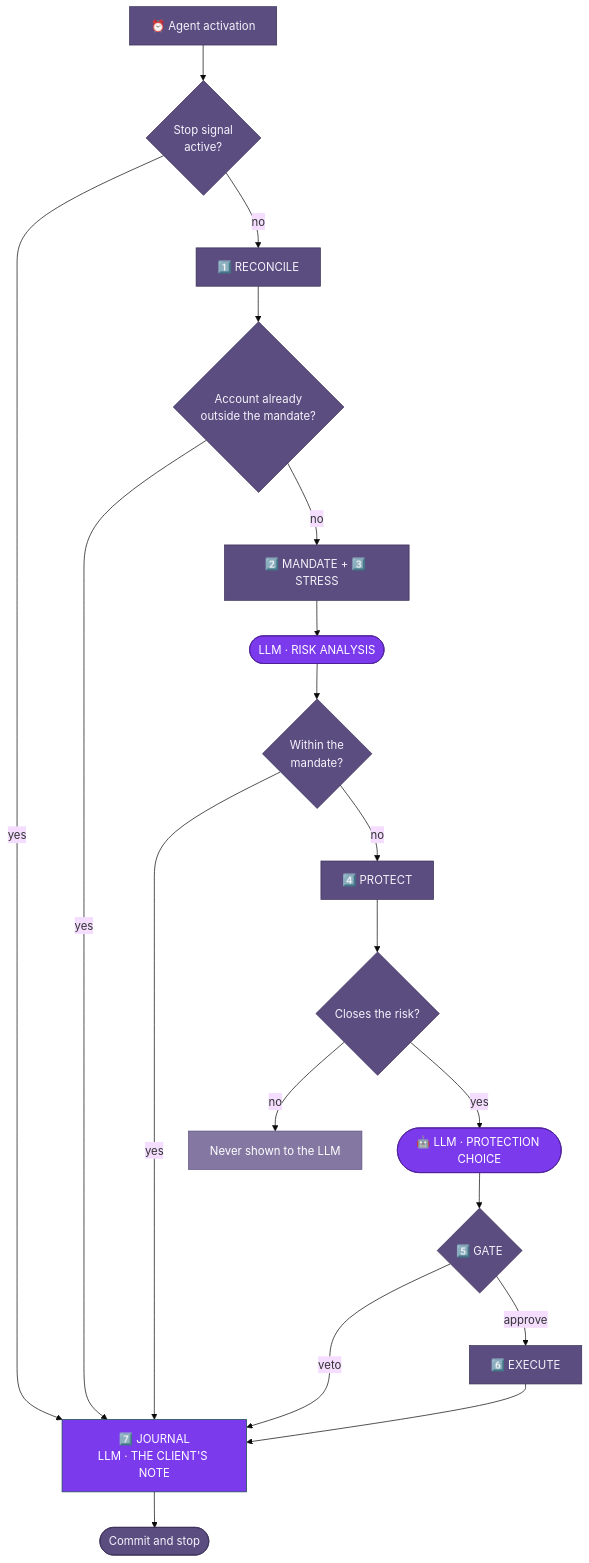
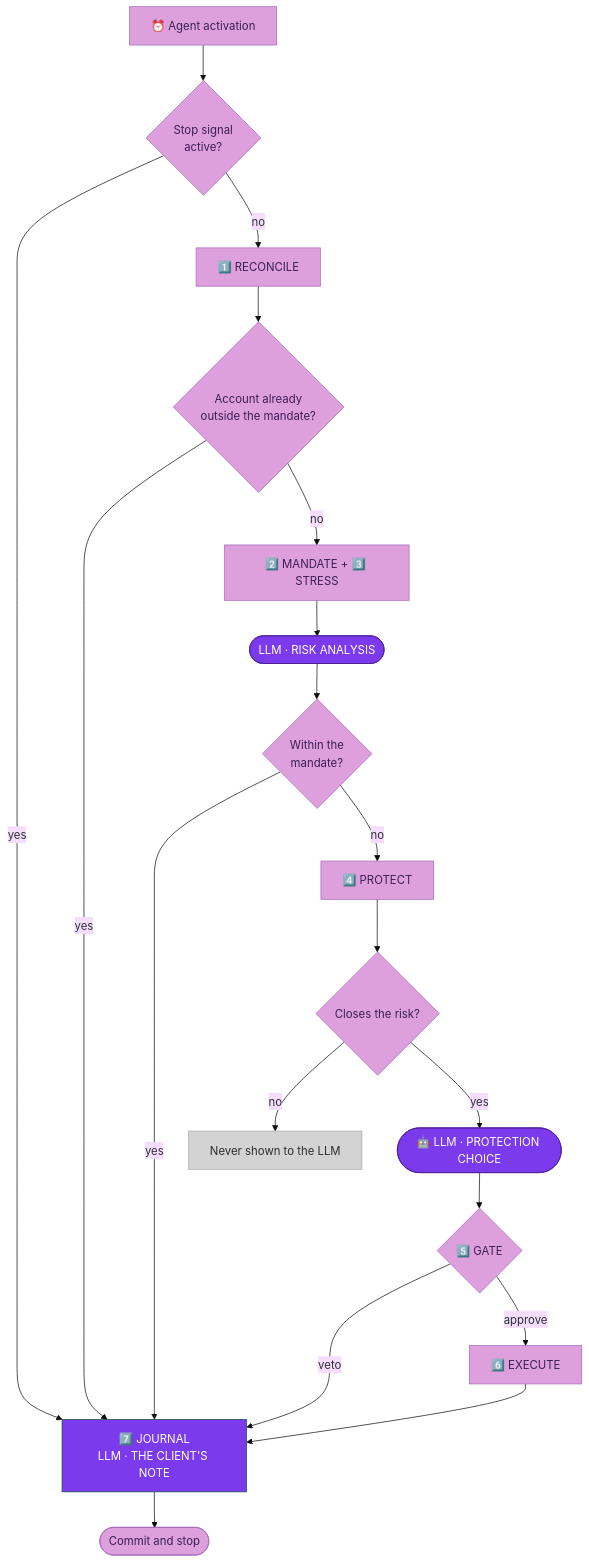
The second of 2 diagrams in README.md (ol1ak5/Drawdown-Guard), drawn with Mermaid (base theme) before and after one commit. The commit also changed other lines of this file, not shown here.

First line of the commit message:
Try a two-row snake, and fix both diagrams' colours

````diff
--- a/README.md
+++ b/README.md
@@ -109,47 +111,47 @@
 ```mermaid
 flowchart TD
     CRON["⏰ Agent activation"] --> HALT{Stop signal<br/>active?}
     HALT -- yes --> JOURNAL
     HALT -- no --> RECONCILE
 
     RECONCILE["1️⃣ RECONCILE"] --> KILL{Account already<br/>outside the mandate?}
     KILL -- yes --> JOURNAL
     KILL -- no --> MANDATE
 
     MANDATE["2️⃣ MANDATE + 3️⃣ STRESS"] --> LLM1
     LLM1(["LLM · RISK ANALYSIS"]) --> GAP{Within the<br/>mandate?}
 
     GAP -- yes --> JOURNAL
     GAP -- no --> PROTECT
 
     PROTECT["4️⃣ PROTECT"] --> ELIGIBLE{Closes the risk?}
     ELIGIBLE -- no --> DROP[Never shown to the LLM]
     ELIGIBLE -- yes --> LLM2
 
     LLM2(["🤖 LLM · PROTECTION CHOICE"]) --> GATE
 
     GATE{"5️⃣ GATE"}
     GATE -- veto --> JOURNAL
     GATE -- approve --> EXECUTE
 
     EXECUTE["6️⃣ EXECUTE"] --> JOURNAL
 
     JOURNAL["7️⃣ JOURNAL<br/>LLM · THE CLIENT'S NOTE"] --> END([Commit and stop])
 
-    style CRON fill:#5b4d80,stroke:#3a2f57,color:#f5f2fb
-    style HALT fill:#5b4d80,stroke:#3a2f57,color:#f5f2fb
-    style RECONCILE fill:#5b4d80,stroke:#3a2f57,color:#f5f2fb
-    style KILL fill:#5b4d80,stroke:#3a2f57,color:#f5f2fb
-    style MANDATE fill:#5b4d80,stroke:#3a2f57,color:#f5f2fb
-    style GAP fill:#5b4d80,stroke:#3a2f57,color:#f5f2fb
-    style PROTECT fill:#5b4d80,stroke:#3a2f57,color:#f5f2fb
-    style ELIGIBLE fill:#5b4d80,stroke:#3a2f57,color:#f5f2fb
-    style GATE fill:#5b4d80,stroke:#3a2f57,color:#f5f2fb
-    style EXECUTE fill:#5b4d80,stroke:#3a2f57,color:#f5f2fb
-    style END fill:#5b4d80,stroke:#3a2f57,color:#f5f2fb
+    style CRON fill:#dda0dd,stroke:#a569bd,color:#3b1f57
+    style HALT fill:#dda0dd,stroke:#a569bd,color:#3b1f57
+    style RECONCILE fill:#dda0dd,stroke:#a569bd,color:#3b1f57
+    style KILL fill:#dda0dd,stroke:#a569bd,color:#3b1f57
+    style MANDATE fill:#dda0dd,stroke:#a569bd,color:#3b1f57
+    style GAP fill:#dda0dd,stroke:#a569bd,color:#3b1f57
+    style PROTECT fill:#dda0dd,stroke:#a569bd,color:#3b1f57
+    style ELIGIBLE fill:#dda0dd,stroke:#a569bd,color:#3b1f57
+    style GATE fill:#dda0dd,stroke:#a569bd,color:#3b1f57
+    style EXECUTE fill:#dda0dd,stroke:#a569bd,color:#3b1f57
+    style END fill:#dda0dd,stroke:#a569bd,color:#3b1f57
 
     style LLM1 fill:#7c3aed,stroke:#4c1d95,color:#fff
     style LLM2 fill:#7c3aed,stroke:#4c1d95,color:#fff
     style JOURNAL fill:#7c3aed,stroke:#134e4a,color:#fff
-    style DROP fill:#8478a3,stroke:#5c5080,color:#ffffff
+    style DROP fill:#d3d3d3,stroke:#a9a9a9,color:#2f2f2f
 ```
````
